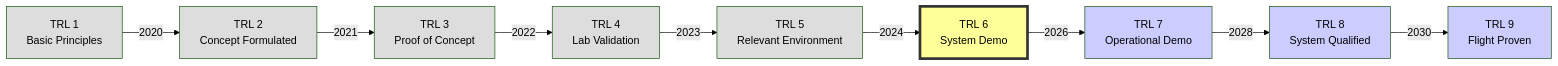
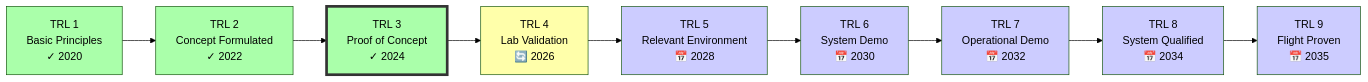
One commit to Robbbo-T/A-Q-U-A_V changed diagram 11 of 33 in PRODUCT_LINES/QUANTUM/QUANTUM_SOFTWARE/DESIGN/QNS_NAVIGATION/DES_SOFTWARE_DEV/QUA-QNS01-25SVD0001-DES-BOB-ORG-TD-ATA-000-00-01-TPL-DOC-001-QCOM-v1.1.0 .md. Above: the diagram before and after it, drawn with Mermaid (forest theme). The commit also changed other lines of this file, not shown here.

````diff
--- a/PRODUCT_LINES/QUANTUM/QUANTUM_SOFTWARE/DESIGN/QNS_NAVIGATION/DES_SOFTWARE_DEV/QUA-QNS01-25SVD0001-DES-BOB-ORG-TD-ATA-000-00-01-TPL-DOC-001-QCOM-v1.1.0 .md
+++ b/PRODUCT_LINES/QUANTUM/QUANTUM_SOFTWARE/DESIGN/QNS_NAVIGATION/DES_SOFTWARE_DEV/QUA-QNS01-25SVD0001-DES-BOB-ORG-TD-ATA-000-00-01-TPL-DOC-001-QCOM-v1.1.0 .md
@@ -677,31 +428,31 @@
 ```mermaid
 graph LR
-    TRL1[TRL 1<br/>Basic Principles]
-    TRL2[TRL 2<br/>Concept Formulated]
-    TRL3[TRL 3<br/>Proof of Concept]
-    TRL4[TRL 4<br/>Lab Validation]
-    TRL5[TRL 5<br/>Relevant Environment]
-    TRL6[TRL 6<br/>System Demo]
-    TRL7[TRL 7<br/>Operational Demo]
-    TRL8[TRL 8<br/>System Qualified]
-    TRL9[TRL 9<br/>Flight Proven]
+    TRL1[TRL 1<br/>Basic Principles<br/>✓ 2020]
+    TRL2[TRL 2<br/>Concept Formulated<br/>✓ 2022]
+    TRL3[TRL 3<br/>Proof of Concept<br/>✓ 2024]
+    TRL4[TRL 4<br/>Lab Validation<br/>🔄 2026]
+    TRL5[TRL 5<br/>Relevant Environment<br/>📅 2028]
+    TRL6[TRL 6<br/>System Demo<br/>📅 2030]
+    TRL7[TRL 7<br/>Operational Demo<br/>📅 2032]
+    TRL8[TRL 8<br/>System Qualified<br/>📅 2034]
+    TRL9[TRL 9<br/>Flight Proven<br/>📅 2035]
     
-    TRL1 -->|2020| TRL2
-    TRL2 -->|2021| TRL3
-    TRL3 -->|2022| TRL4
-    TRL4 -->|2023| TRL5
-    TRL5 -->|2024| TRL6
-    TRL6 -->|2026| TRL7
-    TRL7 -->|2028| TRL8
-    TRL8 -->|2030| TRL9
+    TRL1 --> TRL2
+    TRL2 --> TRL3
+    TRL3 --> TRL4
+    TRL4 --> TRL5
+    TRL5 --> TRL6
+    TRL6 --> TRL7
+    TRL7 --> TRL8
+    TRL8 --> TRL9
     
-    style TRL1 fill:#ddd
-    style TRL2 fill:#ddd
-    style TRL3 fill:#ddd
-    style TRL4 fill:#ddd
-    style TRL5 fill:#ddd
-    style TRL6 fill:#ff9,stroke:#333,stroke-width:4px
+    style TRL1 fill:#afa
+    style TRL2 fill:#afa
+    style TRL3 fill:#afa,stroke:#333,stroke-width:4px
+    style TRL4 fill:#ffa
+    style TRL5 fill:#ccf
+    style TRL6 fill:#ccf
     style TRL7 fill:#ccf
     style TRL8 fill:#ccf
     style TRL9 fill:#ccf
 ```
````
